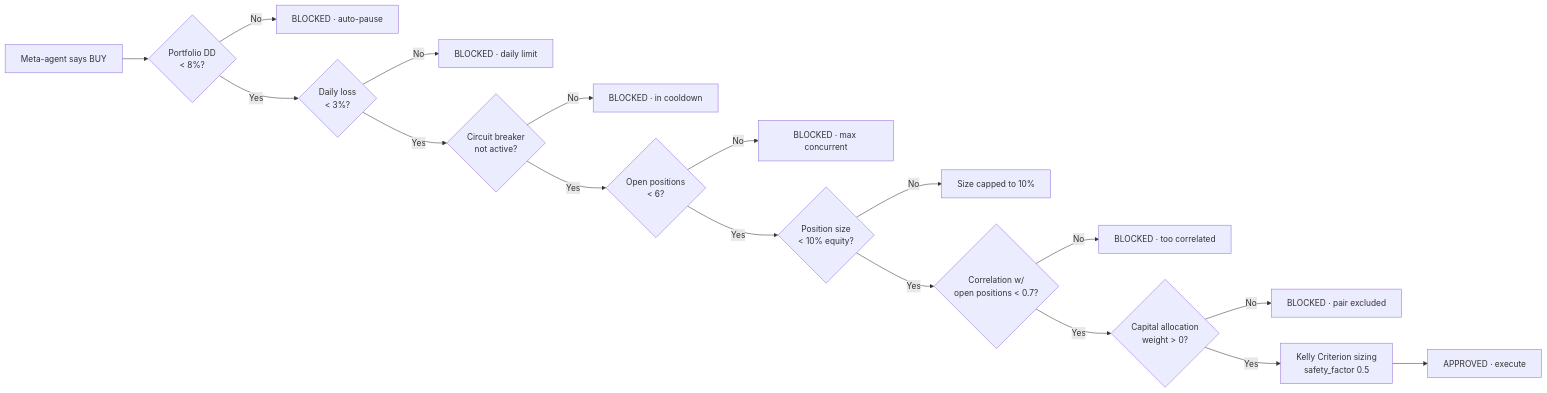
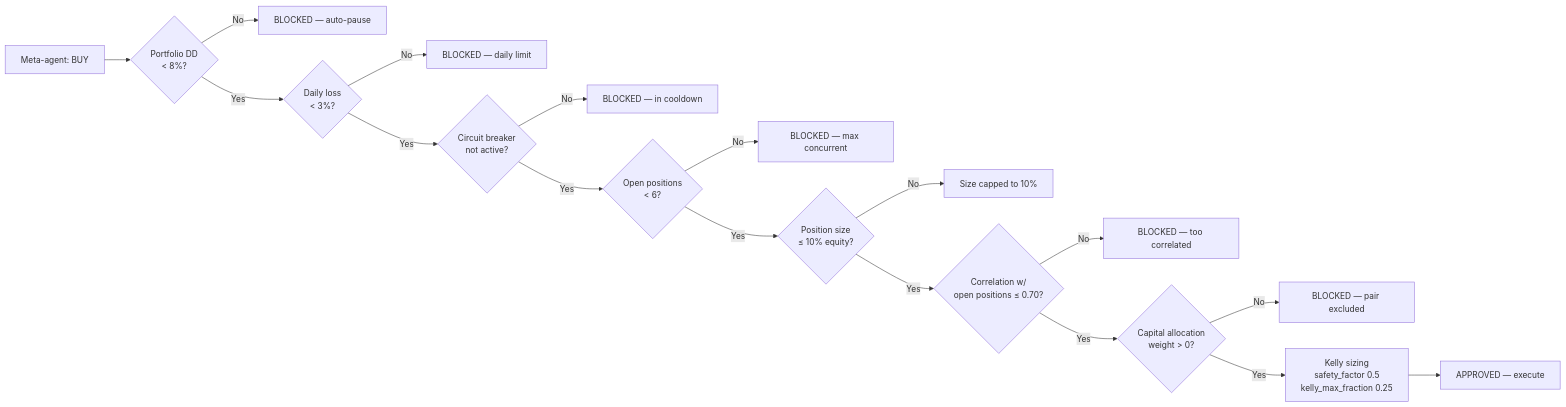
The second of 3 diagrams in README.md (saijayanth888/trading-bot), drawn with Mermaid before and after one commit. The commit also changed other lines of this file, not shown here.

````diff
--- a/README.md
+++ b/README.md
@@ -249,19 +299,19 @@
 ```mermaid
 flowchart LR
-    Signal[Meta-agent says BUY] --> G1{Portfolio DD<br/>< 8%?}
-    G1 -- No --> X1[BLOCKED · auto-pause]
+    Signal[Meta-agent: BUY] --> G1{Portfolio DD<br/>< 8%?}
+    G1 -- No --> X1[BLOCKED — auto-pause]
     G1 -- Yes --> G2{Daily loss<br/>< 3%?}
-    G2 -- No --> X2[BLOCKED · daily limit]
+    G2 -- No --> X2[BLOCKED — daily limit]
     G2 -- Yes --> G3{Circuit breaker<br/>not active?}
-    G3 -- No --> X3[BLOCKED · in cooldown]
+    G3 -- No --> X3[BLOCKED — in cooldown]
     G3 -- Yes --> G4{Open positions<br/>< 6?}
-    G4 -- No --> X4[BLOCKED · max concurrent]
-    G4 -- Yes --> G5{Position size<br/>< 10% equity?}
+    G4 -- No --> X4[BLOCKED — max concurrent]
+    G4 -- Yes --> G5{Position size<br/>≤ 10% equity?}
     G5 -- No --> X5[Size capped to 10%]
-    G5 -- Yes --> G6{Correlation w/<br/>open positions < 0.7?}
-    G6 -- No --> X6[BLOCKED · too correlated]
+    G5 -- Yes --> G6{Correlation w/<br/>open positions ≤ 0.70?}
+    G6 -- No --> X6[BLOCKED — too correlated]
     G6 -- Yes --> G7{Capital allocation<br/>weight > 0?}
-    G7 -- No --> X7[BLOCKED · pair excluded]
-    G7 -- Yes --> G8[Kelly Criterion sizing<br/>safety_factor 0.5]
-    G8 --> APPROVE[APPROVED · execute]
+    G7 -- No --> X7[BLOCKED — pair excluded]
+    G7 -- Yes --> G8[Kelly sizing<br/>safety_factor 0.5<br/>kelly_max_fraction 0.25]
+    G8 --> APPROVE[APPROVED — execute]
 ```
````
